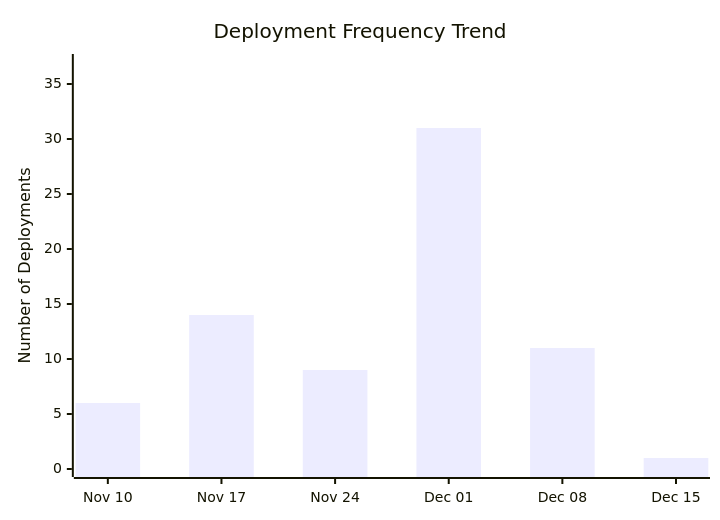
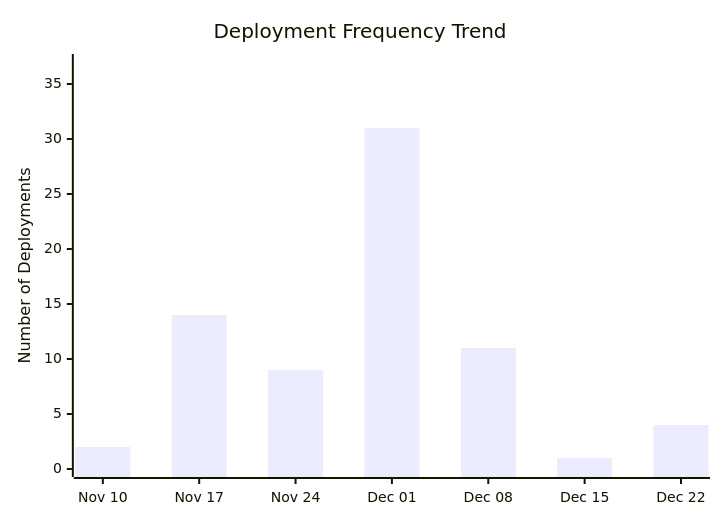
One commit to ukma-cs-ssdm-2025/rate-ukma changed the third of 4 diagrams in docs/ci-cd/dora-summary.md. Above: the diagram before and after it, drawn with Mermaid. The commit also changed other lines of this file, not shown here.

````diff
--- a/docs/ci-cd/dora-summary.md
+++ b/docs/ci-cd/dora-summary.md
@@ -48,7 +49,7 @@
 ```mermaid
 xychart-beta
     title "Deployment Frequency Trend"
-    x-axis ["Nov 10", "Nov 17", "Nov 24", "Dec 01", "Dec 08", "Dec 15"]
+    x-axis ["Nov 10", "Nov 17", "Nov 24", "Dec 01", "Dec 08", "Dec 15", "Dec 22"]
     y-axis "Number of Deployments" 0 --> 37
-    bar [6.00, 14.00, 9.00, 31.00, 11.00, 1.00]
+    bar [2.00, 14.00, 9.00, 31.00, 11.00, 1.00, 4.00]
 ```
````
